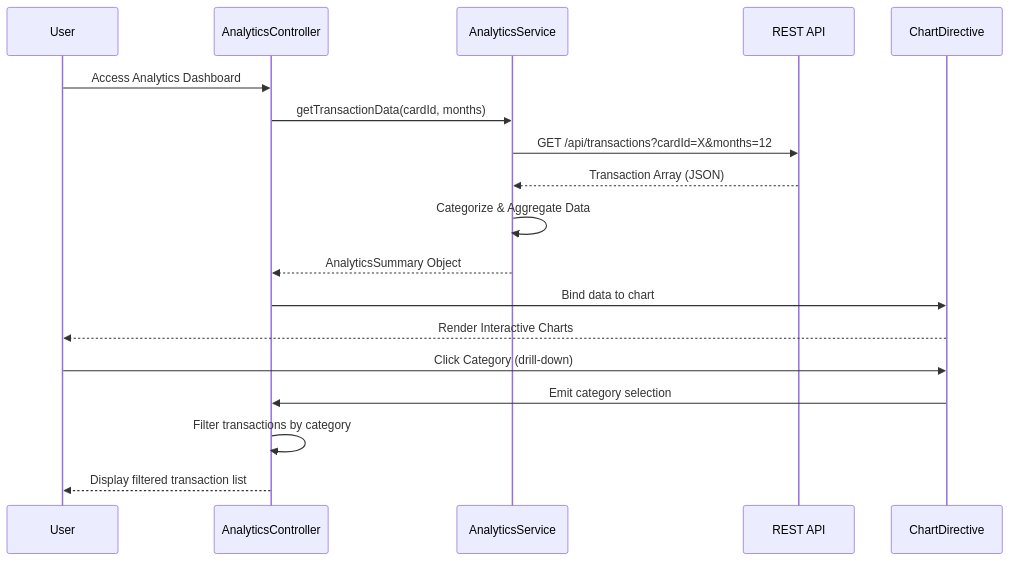
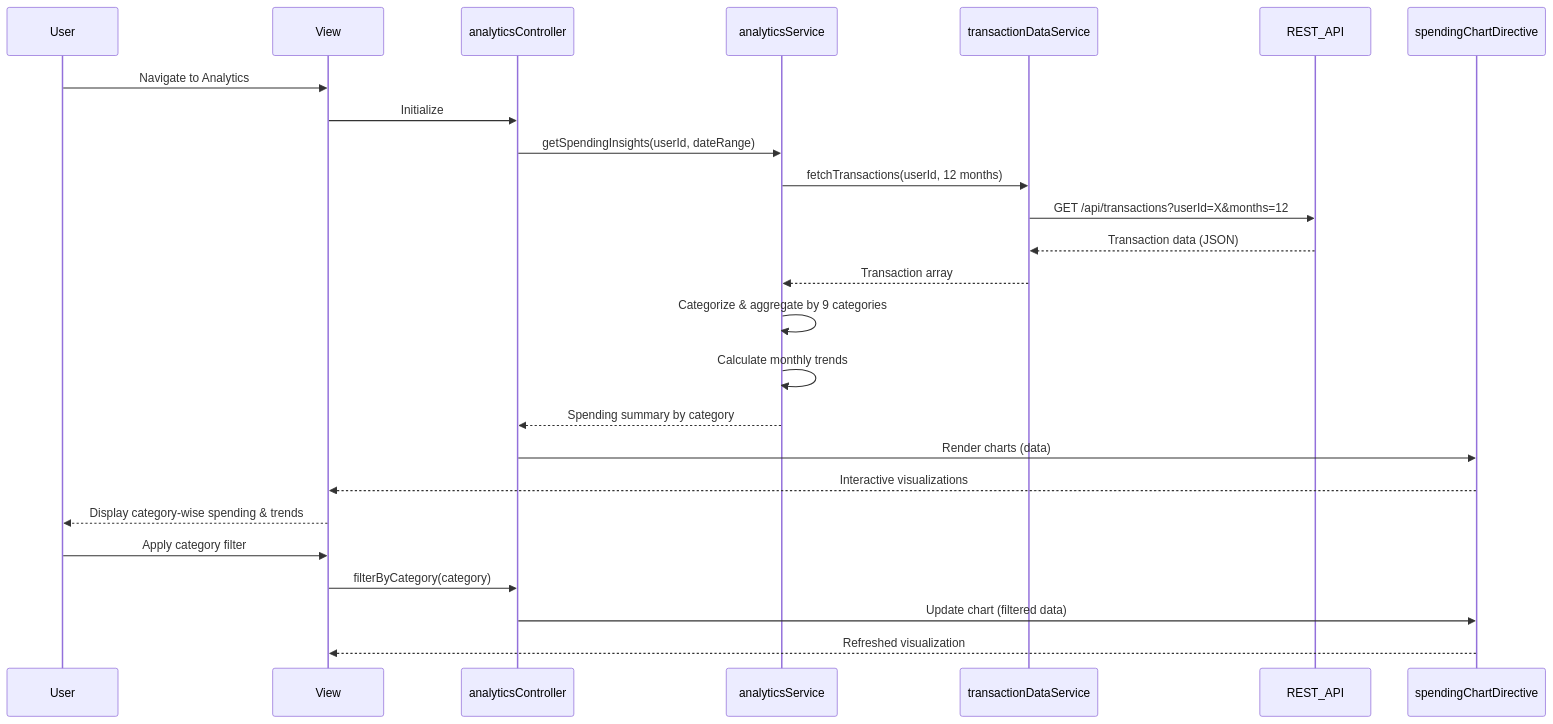
The diagram in LLD/QE-7741_LLD.md (AAVA-Demo/APB_Demo), drawn with Mermaid before and after one commit. The commit also changed other lines of this file and 5 other files, not shown here.

````diff
--- a/LLD/QE-7741_LLD.md
+++ b/LLD/QE-7741_LLD.md
@@ -66,21 +80,28 @@
 ```mermaid
 sequenceDiagram
     participant User
-    participant AnalyticsController
-    participant AnalyticsService
-    participant API as REST API
-    participant ChartDirective
-
-    User->>AnalyticsController: Access Analytics Dashboard
-    AnalyticsController->>AnalyticsService: getTransactionData(cardId, months)
-    AnalyticsService->>API: GET /api/transactions?cardId=X&months=12
-    API-->>AnalyticsService: Transaction Array (JSON)
-    AnalyticsService->>AnalyticsService: Categorize & Aggregate Data
-    AnalyticsService-->>AnalyticsController: AnalyticsSummary Object
-    AnalyticsController->>ChartDirective: Bind data to chart
-    ChartDirective-->>User: Render Interactive Charts
-    User->>ChartDirective: Click Category (drill-down)
-    ChartDirective->>AnalyticsController: Emit category selection
-    AnalyticsController->>AnalyticsController: Filter transactions by category
-    AnalyticsController-->>User: Display filtered transaction list
+    participant View
+    participant analyticsController
+    participant analyticsService
+    participant transactionDataService
+    participant REST_API
+    participant spendingChartDirective
+    
+    User->>View: Navigate to Analytics
+    View->>analyticsController: Initialize
+    analyticsController->>analyticsService: getSpendingInsights(userId, dateRange)
+    analyticsService->>transactionDataService: fetchTransactions(userId, 12 months)
+    transactionDataService->>REST_API: GET /api/transactions?userId=X&months=12
+    REST_API-->>transactionDataService: Transaction data (JSON)
+    transactionDataService-->>analyticsService: Transaction array
+    analyticsService->>analyticsService: Categorize & aggregate by 9 categories
+    analyticsService->>analyticsService: Calculate monthly trends
+    analyticsService-->>analyticsController: Spending summary by category
+    analyticsController->>spendingChartDirective: Render charts (data)
+    spendingChartDirective-->>View: Interactive visualizations
+    View-->>User: Display category-wise spending & trends
+    User->>View: Apply category filter
+    View->>analyticsController: filterByCategory(category)
+    analyticsController->>spendingChartDirective: Update chart (filtered data)
+    spendingChartDirective-->>View: Refreshed visualization
 ```
````
